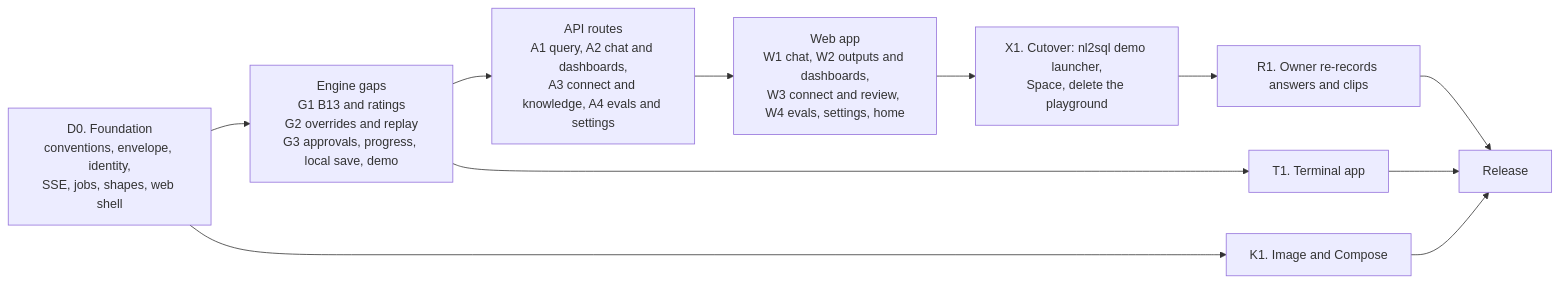
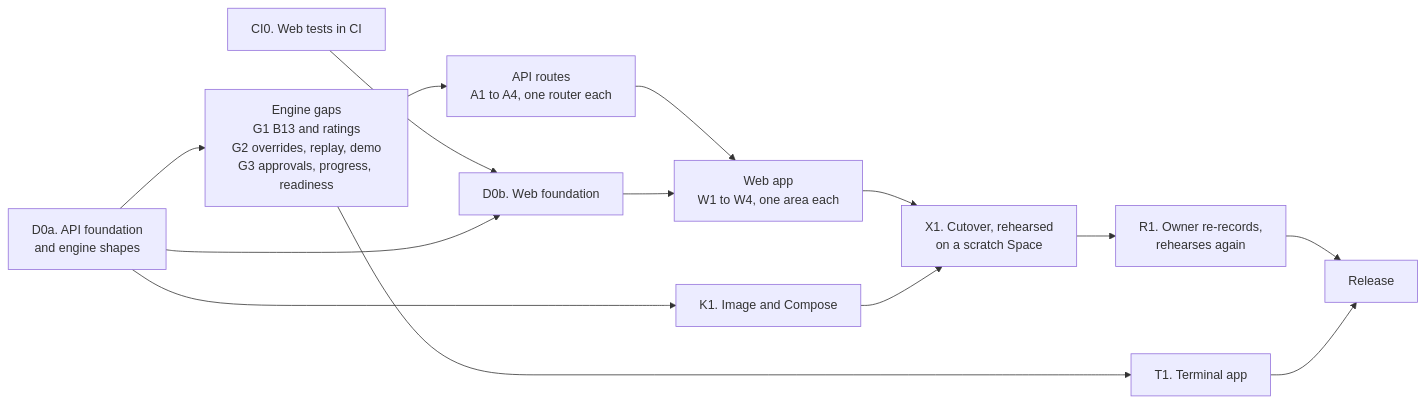
One commit to nadeem4/nl2sql changed the first of 3 diagrams in docs/architecture/wave_d.md. Above: the diagram before and after it, drawn with Mermaid. The commit also changed other lines of this file, not shown here.

First line of the commit message:
docs(architecture): Wave D design, review fixes and alignment with Waves A to C

````diff
--- a/docs/architecture/wave_d.md
+++ b/docs/architecture/wave_d.md
@@ -133,14 +135,18 @@
 ```mermaid
 flowchart LR
-  F["D0. Foundation<br/>conventions, envelope, identity,<br/>SSE, jobs, shapes, web shell"]
-  F --> G["Engine gaps<br/>G1 B13 and ratings<br/>G2 overrides and replay<br/>G3 approvals, progress, local save, demo"]
-  G --> A["API routes<br/>A1 query, A2 chat and dashboards,<br/>A3 connect and knowledge, A4 evals and settings"]
-  A --> W["Web app<br/>W1 chat, W2 outputs and dashboards,<br/>W3 connect and review, W4 evals, settings, home"]
+  CI["CI0. Web tests in CI"]
+  CI --> DB["D0b. Web foundation"]
+  DA["D0a. API foundation<br/>and engine shapes"]
+  DA --> G["Engine gaps<br/>G1 B13 and ratings<br/>G2 overrides, replay, demo<br/>G3 approvals, progress, readiness"]
+  DA --> DB
+  G --> A["API routes<br/>A1 to A4, one router each"]
+  A --> W["Web app<br/>W1 to W4, one area each"]
+  DB --> W
   G --> T["T1. Terminal app"]
-  F --> K["K1. Image and Compose"]
-  W --> X["X1. Cutover: nl2sql demo launcher,<br/>Space, delete the playground"]
-  X --> R["R1. Owner re-records answers and clips"]
+  DA --> K["K1. Image and Compose"]
+  W --> X["X1. Cutover, rehearsed<br/>on a scratch Space"]
+  K --> X
+  X --> R["R1. Owner re-records,<br/>rehearses again"]
   R --> REL["Release"]
   T --> REL
-  K --> REL
 ```
````
